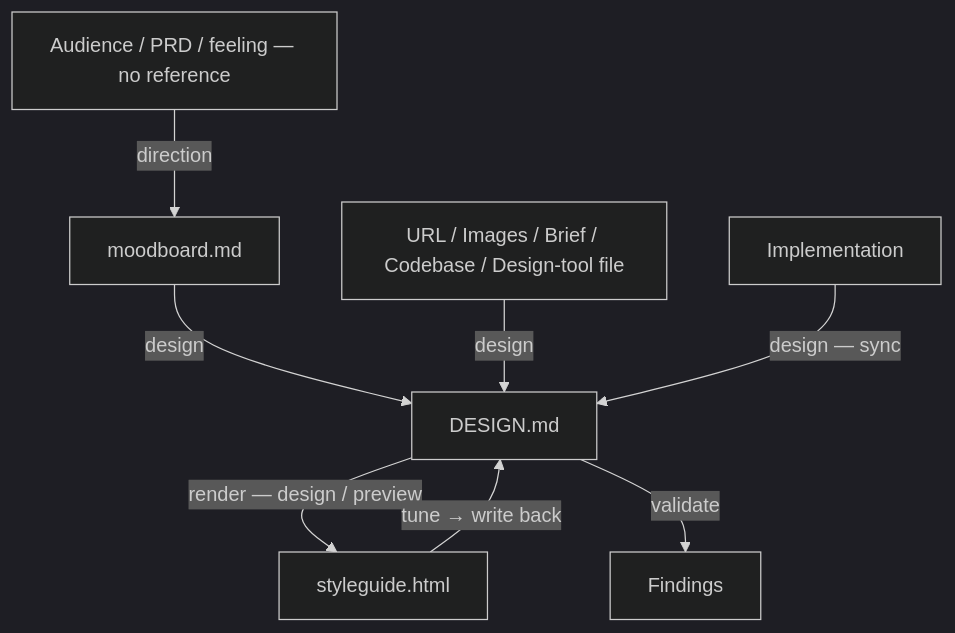
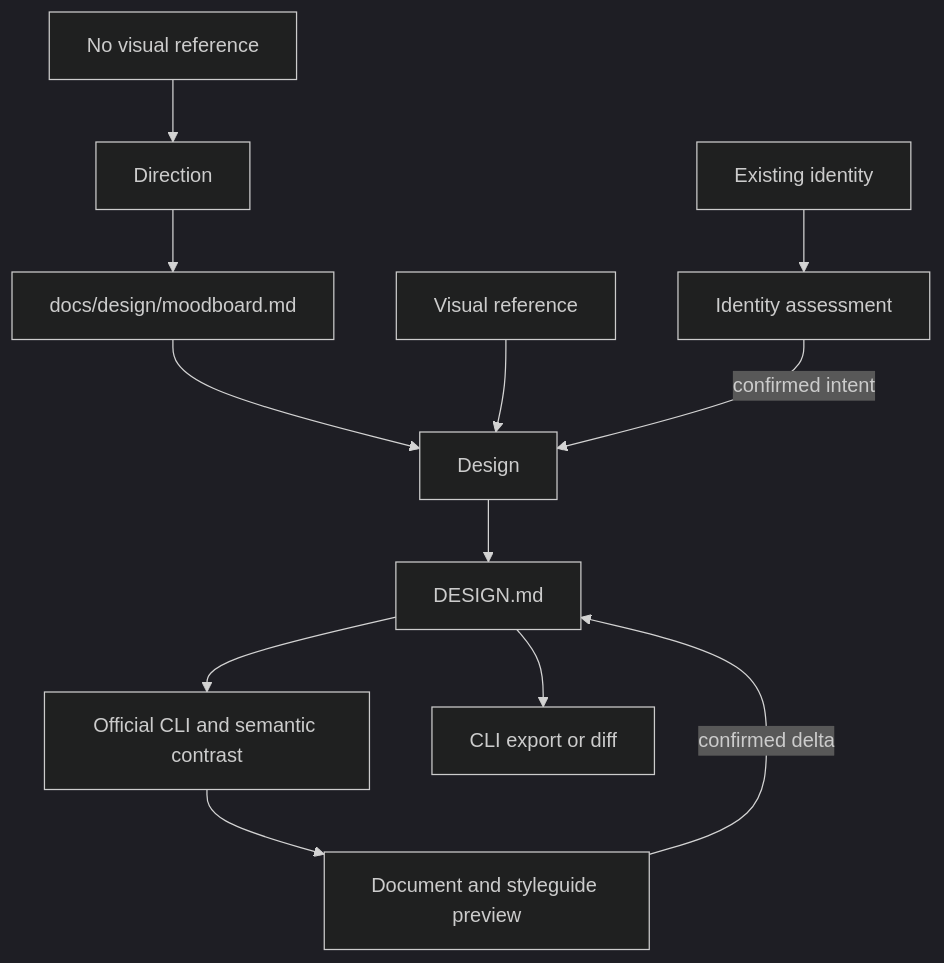
One commit to adeonir/agent-skills changed the diagram in skills/product/design-brief/README.md. Above: the diagram before and after it, drawn with Mermaid (dark theme). The commit also changed other lines of this file and 21 other files, not shown here.

Commit message:
feat(design-brief)!: adopt the official design.md contract

````diff
--- a/skills/product/design-brief/README.md
+++ b/skills/product/design-brief/README.md
@@ -7,10 +7,14 @@
 ```mermaid
 flowchart TD
-    Brief[Audience / PRD / feeling — no reference] -->|direction| MB[moodboard.md]
-    MB -->|design| B2[DESIGN.md]
-    A[URL / Images / Brief / Codebase / Design-tool file] -->|design| B2
-    B2 -->|render — design / preview| SG[styleguide.html]
-    SG -->|tune → write back| B2
-    B2 -->|validate| V[Findings]
-    Impl[Implementation] -->|design — sync| B2
+    A[No visual reference] --> D[Direction]
+    D --> M[docs/design/moodboard.md]
+    M --> W[Design]
+    B[Visual reference] --> W
+    C[Existing identity] --> I[Identity assessment]
+    I -->|confirmed intent| W
+    W --> R[DESIGN.md]
+    R --> V[Official CLI and semantic contrast]
+    V --> P[Document and styleguide preview]
+    P -->|confirmed delta| R
+    R --> E[CLI export or diff]
 ```
````
